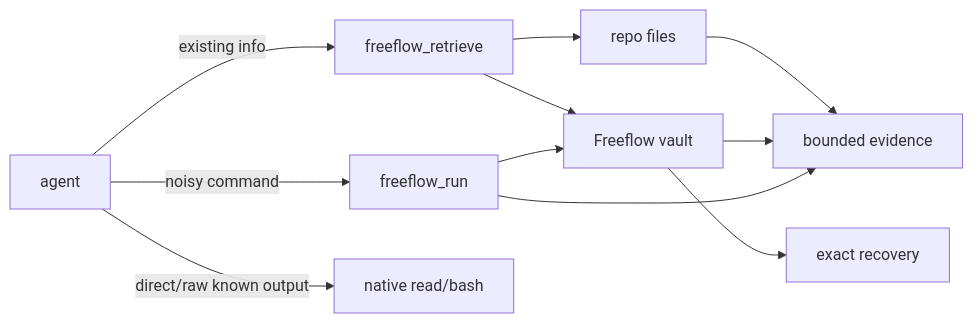
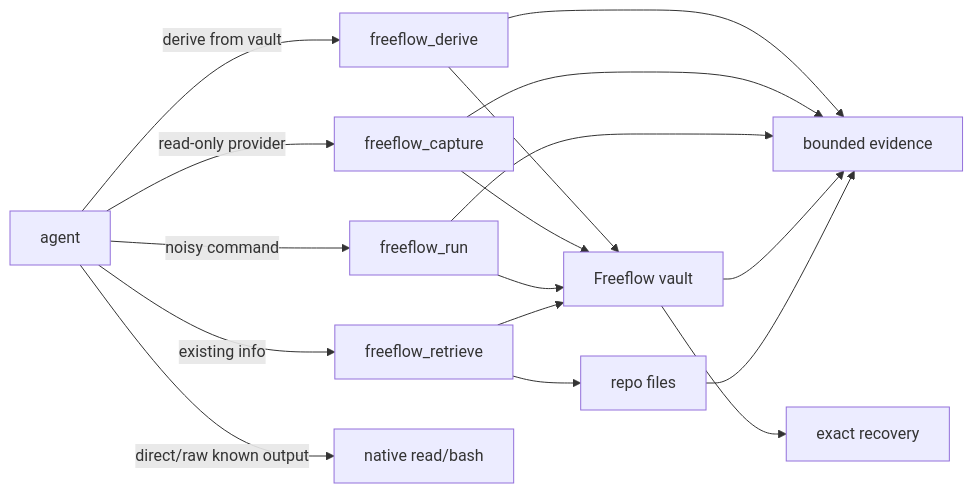
One commit to hassan-mohiddin/freeflow changed the diagram in plugins/freeflow/docs/output-router.md. Above: the diagram before and after it, drawn with Mermaid. The commit also changed other lines of this file and 12 other files, not shown here.

````diff
--- a/plugins/freeflow/docs/output-router.md
+++ b/plugins/freeflow/docs/output-router.md
@@ -30,20 +32,28 @@
 ```mermaid
 flowchart LR
   Agent[agent]
   Retrieve[freeflow_retrieve]
   Run[freeflow_run]
   Repo[repo files]
   Vault[Freeflow vault]
+  Capture[freeflow_capture]
+  Derive[freeflow_derive]
   Native[native read/bash]
   Evidence[bounded evidence]
   Raw[exact recovery]
 
   Agent -->|existing info| Retrieve
   Agent -->|noisy command| Run
+  Agent -->|read-only provider| Capture
+  Agent -->|derive from vault| Derive
   Agent -->|direct/raw known output| Native
   Retrieve --> Repo --> Evidence
   Retrieve --> Vault --> Evidence
   Run --> Vault
+  Capture --> Vault
+  Derive --> Vault
   Run --> Evidence
+  Capture --> Evidence
+  Derive --> Evidence
   Vault --> Raw
 ```
````
